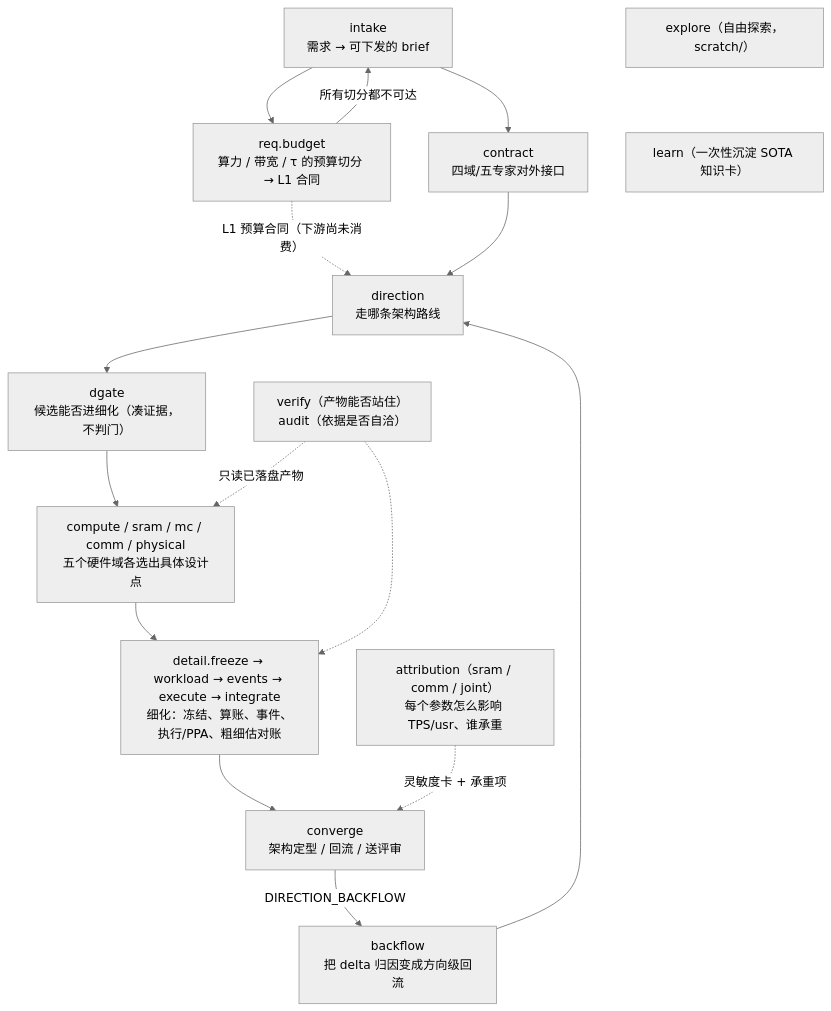
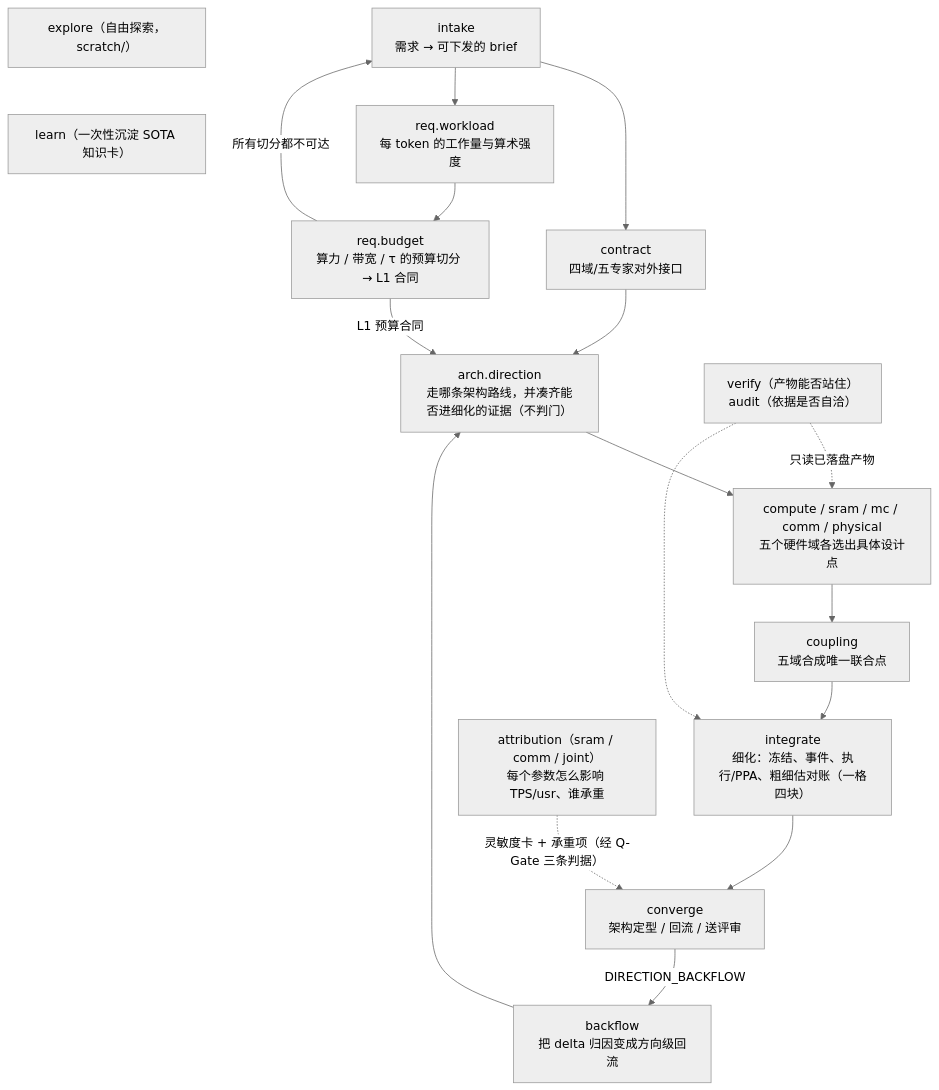
Before and after one commit to xqdan/xihu: the diagram in integration/orchestration/WORKFLOWS.md, drawn with Mermaid (neutral theme). The commit also changed other lines of this file and 92 other files, not shown here.

````diff
--- a/integration/orchestration/WORKFLOWS.md
+++ b/integration/orchestration/WORKFLOWS.md
@@ -13,18 +13,19 @@
 ```mermaid
 flowchart TB
   IN["intake<br/>需求 → 可下发的 brief"] --> CT["contract<br/>四域/五专家对外接口"]
-  IN --> RB["req.budget<br/>算力 / 带宽 / τ 的预算切分 → L1 合同"]
-  RB -.->|"L1 预算合同（下游尚未消费）"| DIR
+  IN --> WL["req.workload<br/>每 token 的工作量与算术强度"]
+  WL --> RB["req.budget<br/>算力 / 带宽 / τ 的预算切分 → L1 合同"]
+  RB -->|"L1 预算合同"| DIR
   RB -->|"所有切分都不可达"| IN
-  CT --> DIR["direction<br/>走哪条架构路线"]
-  DIR --> DG["dgate<br/>候选能否进细化（凑证据，不判门）"]
-  DG --> C["compute / sram / mc / comm / physical<br/>五个硬件域各选出具体设计点"]
-  C --> D0["detail.freeze → workload → events → execute → integrate<br/>细化：冻结、算账、事件、执行/PPA、粗细估对账"]
+  CT --> DIR["arch.direction<br/>走哪条架构路线，并凑齐能否进细化的证据（不判门）"]
+  DIR --> C["compute / sram / mc / comm / physical<br/>五个硬件域各选出具体设计点"]
+  C --> CP["coupling<br/>五域合成唯一联合点"]
+  CP --> D0["integrate<br/>细化：冻结、事件、执行/PPA、粗细估对账（一格四块）"]
   D0 --> CV["converge<br/>架构定型 / 回流 / 送评审"]
-  AT["attribution（sram / comm / joint）<br/>每个参数怎么影响 TPS/usr、谁承重"] -.->|"灵敏度卡 + 承重项"| CV
+  AT["attribution（sram / comm / joint）<br/>每个参数怎么影响 TPS/usr、谁承重"] -.->|"灵敏度卡 + 承重项（经 Q-Gate 三条判据）"| CV
   CV -->|"DIRECTION_BACKFLOW"| BF["backflow<br/>把 delta 归因变成方向级回流"]
   BF --> DIR
   VF["verify（产物能否站住）<br/>audit（依据是否自洽）"] -.->|"只读已落盘产物"| C
   VF -.-> D0
   EX["explore（自由探索，scratch/）"] ~~~ LN["learn（一次性沉淀 SOTA 知识卡）"]
 ```
````
